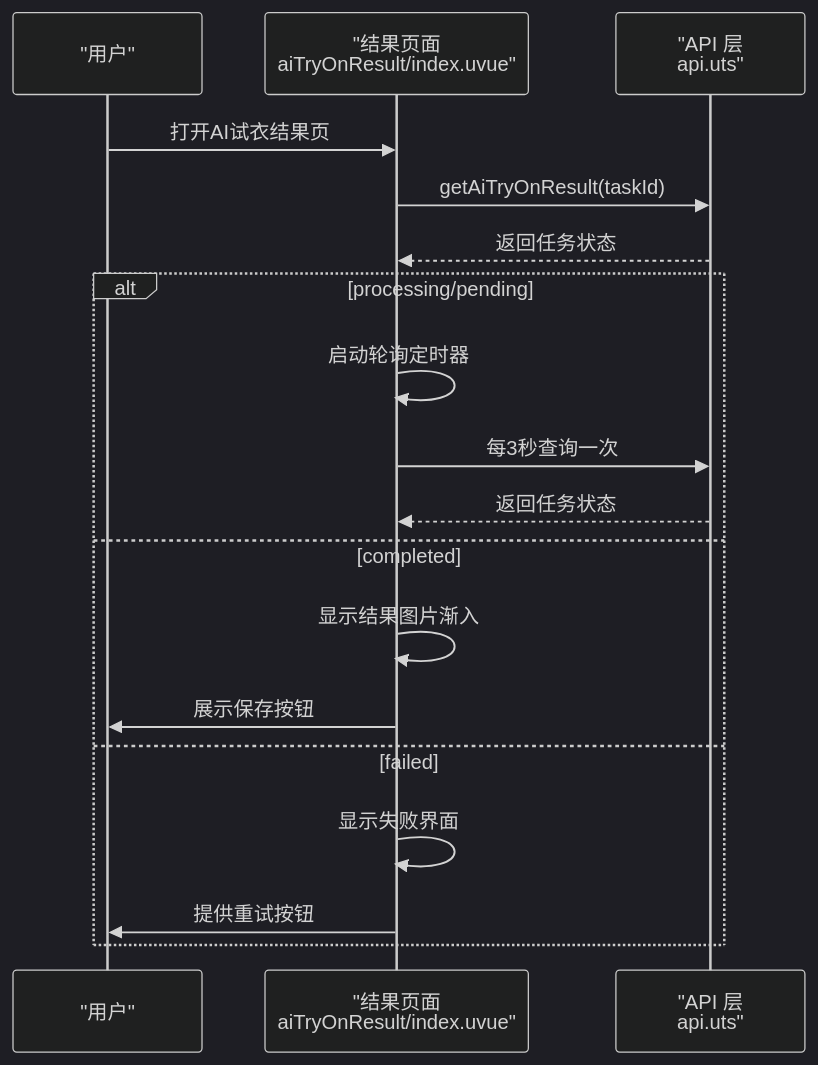
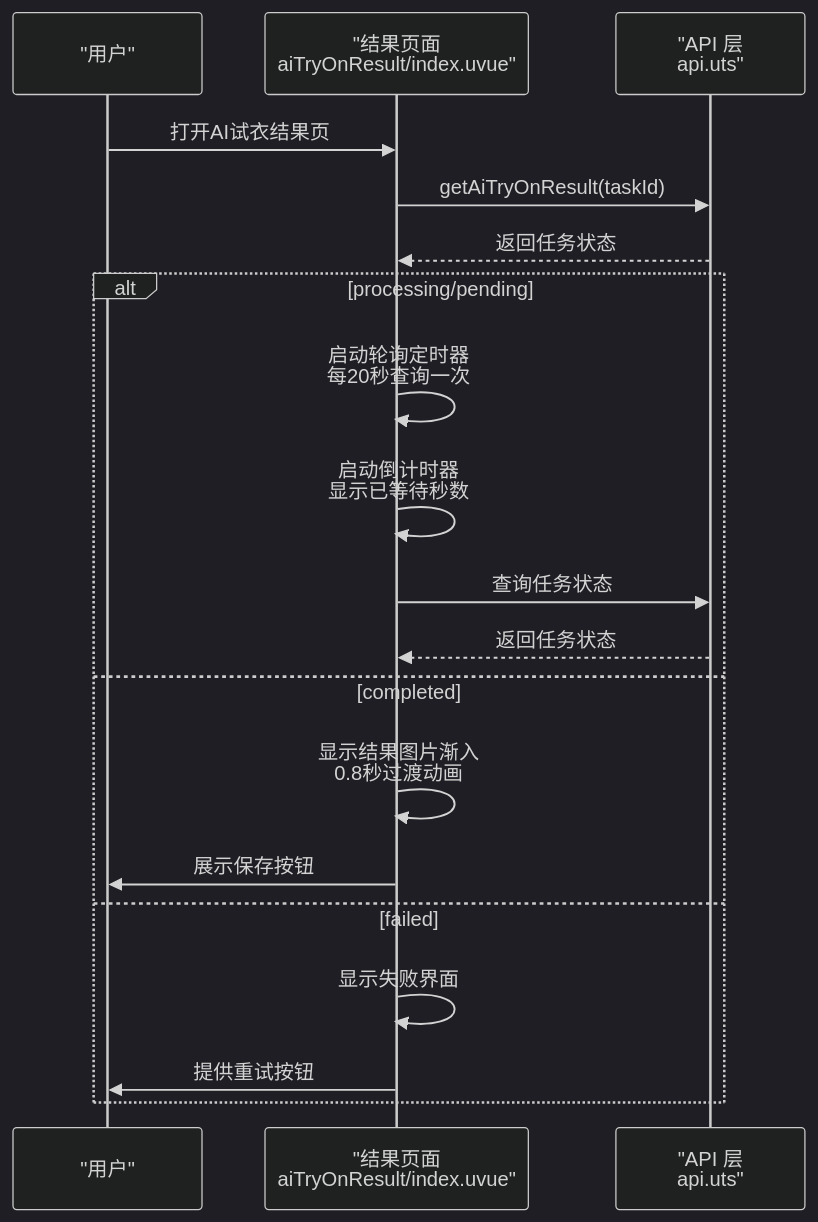
The seventh of 8 diagrams in .qoder/repowiki/zh/content/核心功能模块/客片管理系统/客片管理系统.md (crazyma99/blueberry), drawn with Mermaid (dark theme) before and after one commit. The commit also changed other lines of this file and 4 other files, not shown here.

````diff
--- a/.qoder/repowiki/zh/content/核心功能模块/客片管理系统/客片管理系统.md
+++ b/.qoder/repowiki/zh/content/核心功能模块/客片管理系统/客片管理系统.md
@@ -371,20 +393,21 @@
 ```mermaid
 sequenceDiagram
 participant U as "用户"
 participant R as "结果页面<br/>aiTryOnResult/index.uvue"
 participant API as "API 层<br/>api.uts"
 U->>R : 打开AI试衣结果页
 R->>API : getAiTryOnResult(taskId)
 API-->>R : 返回任务状态
 alt processing/pending
-R->>R : 启动轮询定时器
-R->>API : 每3秒查询一次
+R->>R : 启动轮询定时器<br/>每20秒查询一次
+R->>R : 启动倒计时器<br/>显示已等待秒数
+R->>API : 查询任务状态
 API-->>R : 返回任务状态
 else completed
-R->>R : 显示结果图片渐入
+R->>R : 显示结果图片渐入<br/>0.8秒过渡动画
 R->>U : 展示保存按钮
 else failed
 R->>R : 显示失败界面
 R->>U : 提供重试按钮
 end
 ```
````
